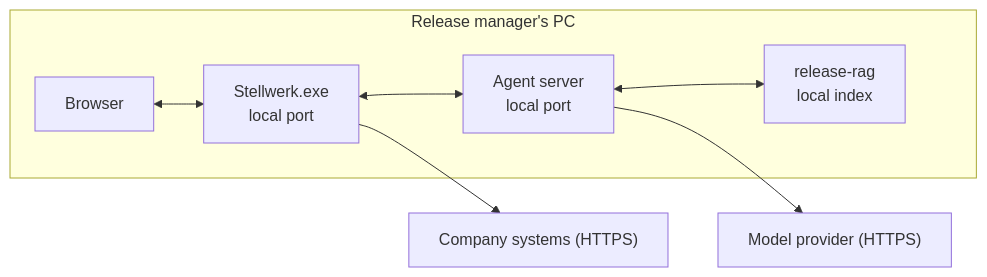
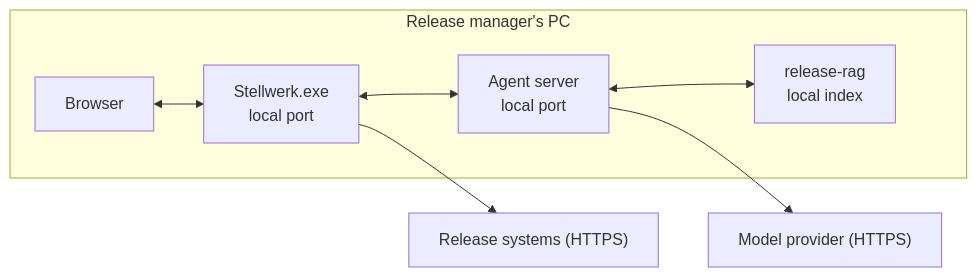
One commit to bolevin/stellwerk-release-cockpit changed the third of 3 diagrams in docs/architecture.md. Above: the diagram before and after it, drawn with Mermaid. The commit also changed other lines of this file and 4 other files, not shown here.

````diff
--- a/docs/architecture.md
+++ b/docs/architecture.md
@@ -135,14 +135,14 @@
 ```mermaid
 flowchart LR
     subgraph PC["Release manager's PC"]
         B["Browser"]
         S["Stellwerk.exe<br/>local port"]
         O["Agent server<br/>local port"]
         R["release-rag<br/>local index"]
     end
     B <--> S
     S <--> O
     O <--> R
-    S --> SYS["Company systems (HTTPS)"]
+    S --> SYS["Release systems (HTTPS)"]
     O --> MP["Model provider (HTTPS)"]
 ```
````
